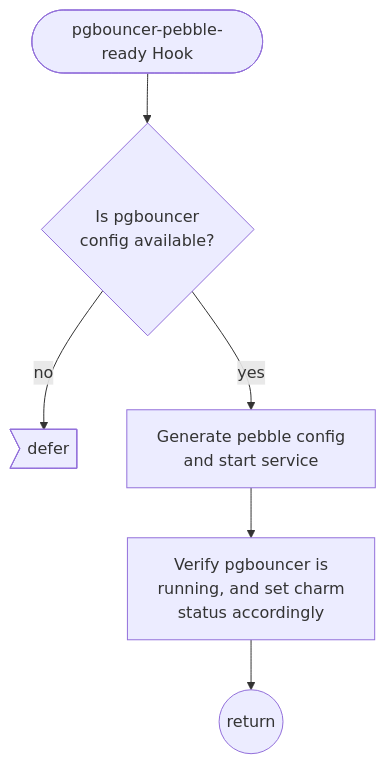
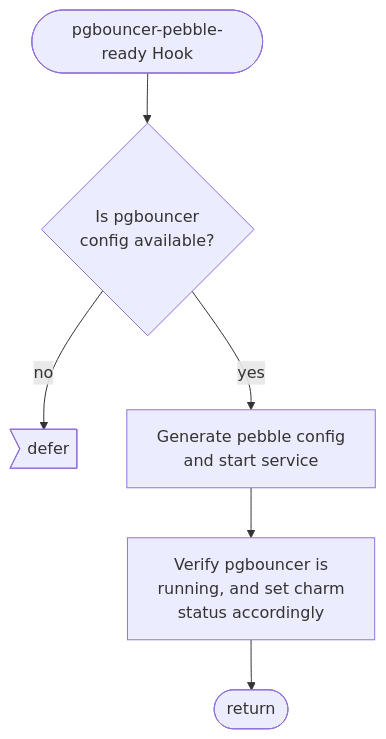
Before and after one commit to canonical/pgbouncer-k8s-operator: the second of 15 diagrams in CONTRIBUTING.md, drawn with Mermaid. The commit also changed other lines of this file, not shown here.

````diff
--- a/CONTRIBUTING.md
+++ b/CONTRIBUTING.md
@@ -94,8 +93,8 @@
 ```mermaid
 flowchart TD
   hook_fired([pgbouncer-pebble-ready Hook]) --> is_cfg{Is pgbouncer\nconfig available?}
   is_cfg -- no --> defer>defer]
   is_cfg -- yes --> gen_cfg[Generate pebble config\nand start service]
   gen_cfg --> verify[Verify pgbouncer is\nrunning, and set charm\n status accordingly]
-  verify --> rtn((return))
+  verify --> rtn([return])
 ```
````
